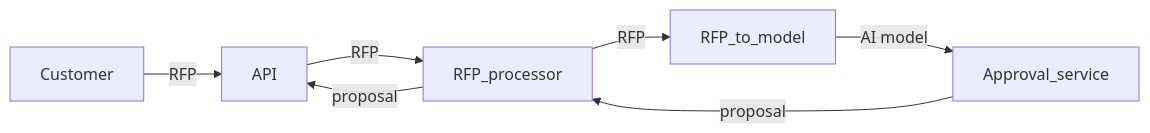
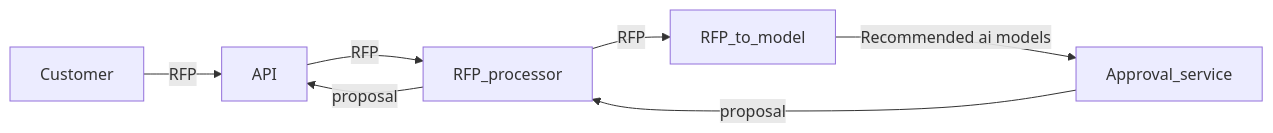
One commit to MiikaMatias/ai-hack-aalto-2024 changed the diagram in docs/architecture.md. Above: the diagram before and after it, drawn with Mermaid.

````diff
--- a/docs/architecture.md
+++ b/docs/architecture.md
@@ -6,9 +6,9 @@
 ```mermaid  
 graph LR
     Customer -->|RFP| API
     API -->|RFP| RFP_processor
     RFP_processor -->|RFP| RFP_to_model
-    RFP_to_model --> |AI model|Approval_service
+    RFP_to_model --> |Recommended ai models|Approval_service
     Approval_service -->|proposal| RFP_processor
     RFP_processor --> |proposal| API
 ```
````
